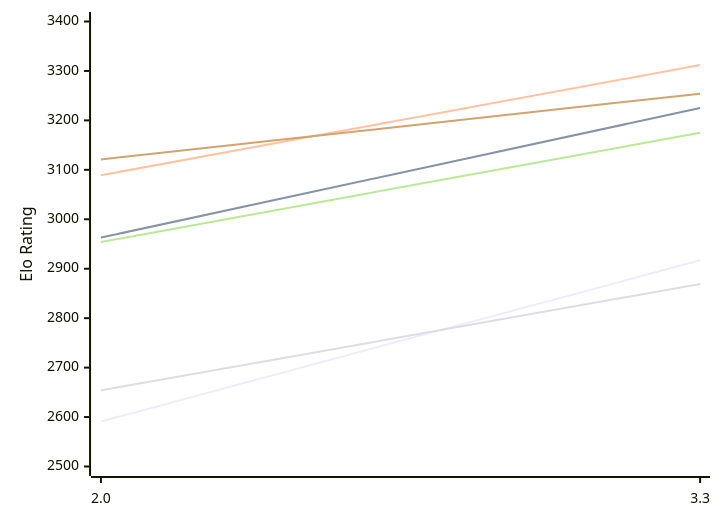
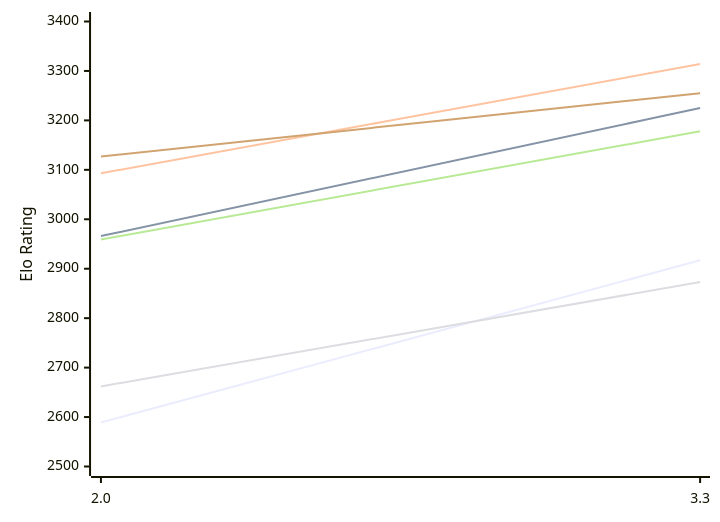
One commit to computer-chess-index/cci changed the first of 2 diagrams in engines/Ceylondemon.md. Above: the diagram before and after it, drawn with Mermaid. The commit also changed other lines of this file, not shown here.

Commit message:
Update CCI Ratings (ELO VLTC) - 2026-11-17

````diff
--- a/engines/Ceylondemon.md
+++ b/engines/Ceylondemon.md
@@ -50,12 +50,12 @@
 ```mermaid
 %%{init: {"theme":"base","themeVariables":{"seriesColors:['#a3a3a3','#222221','#faa371']}}}%%
 xychart-beta
   x-axis ["2.0", "3.3"]
   y-axis "Elo Rating" 2500 --> 3400
-  line "E1: STC (8.0+0.08s)" [2591, 2917]
-  line "E1: LTC (60.0+0.60s)" [2963, 3225]
-  line "E1: VLTC (2m24s+1.12s)" [3089, 3312]
-  line "P1: STC (8.0+0.08s)" [2654, 2869]
-  line "P1: LTC (60.0+0.60s)" [2954, 3175]
-  line "P1: VLTC (2m24s+1.12s)" [3121, 3254]
+  line "E1: STC (8.0+0.08s)" [2589, 2917]
+  line "E1: LTC (60.0+0.60s)" [2966, 3225]
+  line "E1: VLTC (2m24s+1.12s)" [3093, 3314]
+  line "P1: STC (8.0+0.08s)" [2662, 2873]
+  line "P1: LTC (60.0+0.60s)" [2959, 3178]
+  line "P1: VLTC (2m24s+1.12s)" [3127, 3255]
 ```
````
